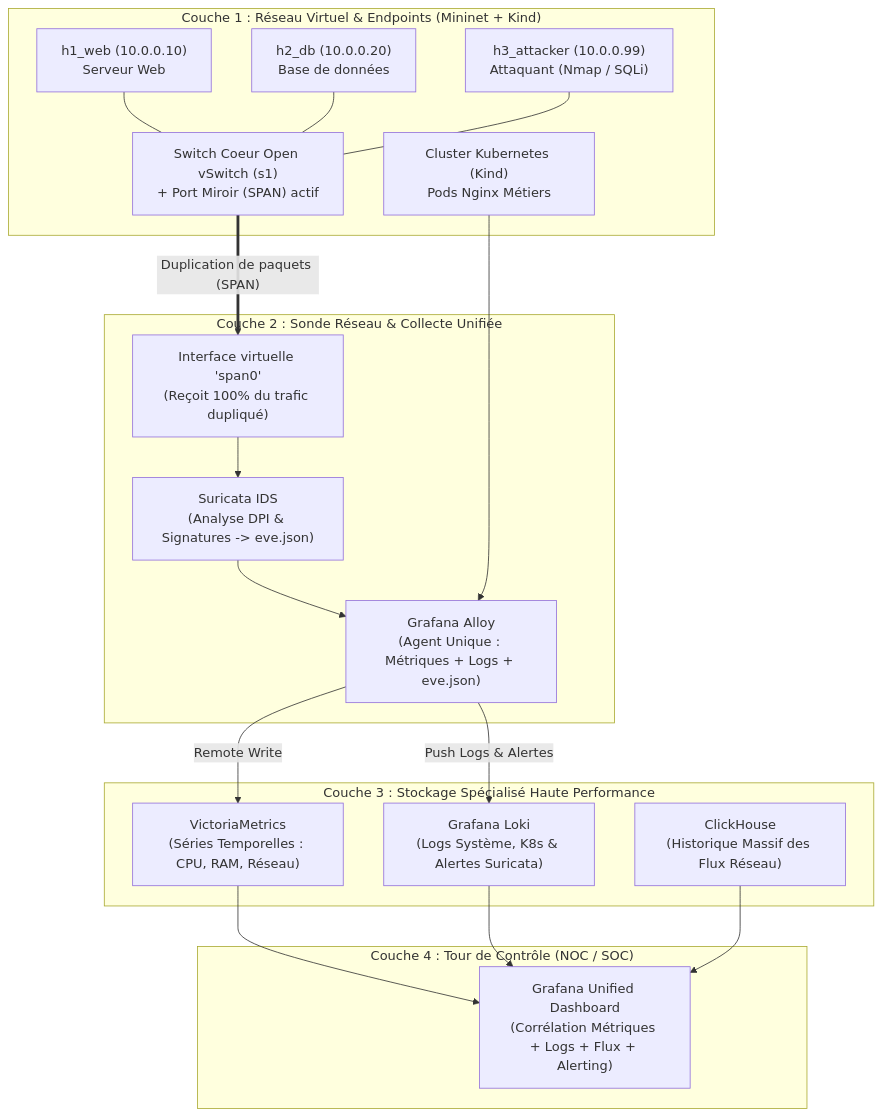
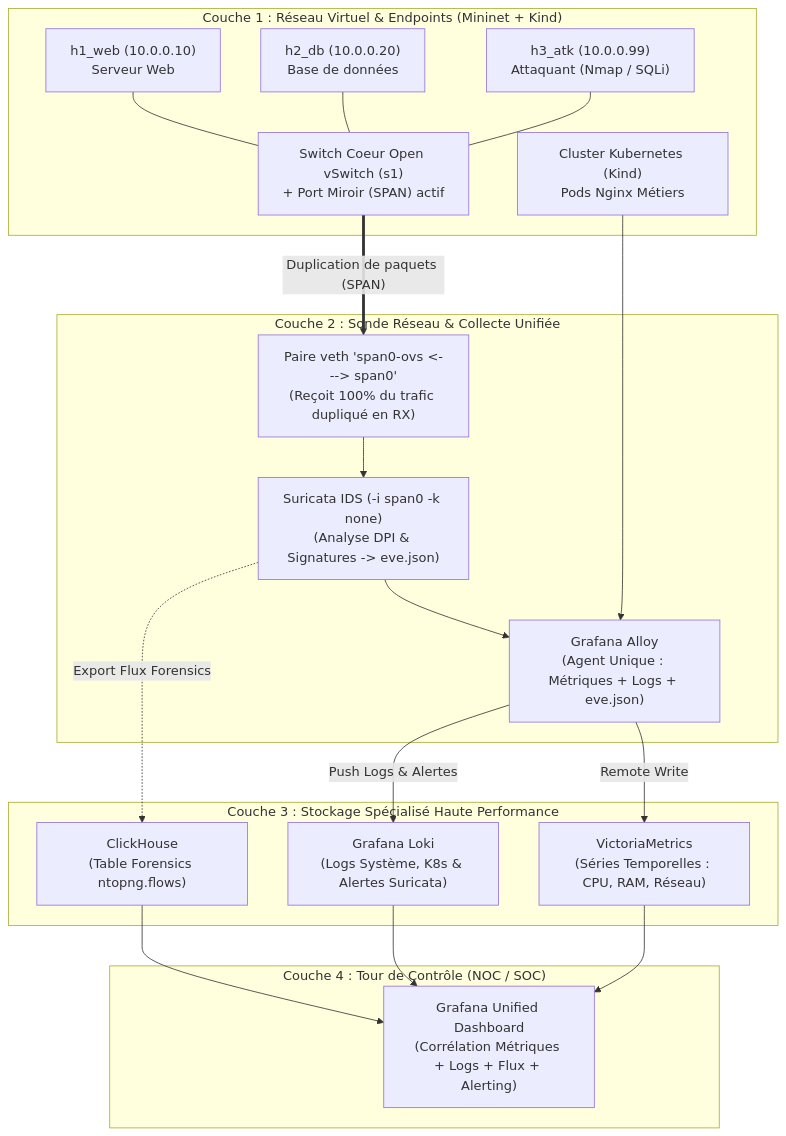
Before and after one commit to eMb0811/architecture-noc-soc-360-lab: the diagram in README.md, drawn with Mermaid. The commit also changed other lines of this file and 11 other files, not shown here.

Commit message:
feat(lab): complete VMware deployment, ClickHouse forensics, Grafana 360 dashboard, and live screenshots

````diff
--- a/README.md
+++ b/README.md
@@ -17,38 +46,39 @@
 ```mermaid
 flowchart TD
     subgraph C1["Couche 1 : Réseau Virtuel & Endpoints (Mininet + Kind)"]
         H1["h1_web (10.0.0.10)\nServeur Web"]
         H2["h2_db (10.0.0.20)\nBase de données"]
-        H3["h3_attacker (10.0.0.99)\nAttaquant (Nmap / SQLi)"]
+        H3["h3_atk (10.0.0.99)\nAttaquant (Nmap / SQLi)"]
         OVS["Switch Coeur Open vSwitch (s1)\n+ Port Miroir (SPAN) actif"]
         K8S["Cluster Kubernetes (Kind)\nPods Nginx Métiers"]
         H1 --- OVS
         H2 --- OVS
         H3 --- OVS
     end
 
     subgraph C2["Couche 2 : Sonde Réseau & Collecte Unifiée"]
-        SPAN["Interface virtuelle 'span0'\n(Reçoit 100% du trafic dupliqué)"]
-        SURI["Suricata IDS\n(Analyse DPI & Signatures -> eve.json)"]
+        SPAN["Paire veth 'span0-ovs <---> span0'\n(Reçoit 100% du trafic dupliqué en RX)"]
+        SURI["Suricata IDS (-i span0 -k none)\n(Analyse DPI & Signatures -> eve.json)"]
         ALLOY["Grafana Alloy\n(Agent Unique : Métriques + Logs + eve.json)"]
         OVS ==>|"Duplication de paquets (SPAN)"| SPAN
         SPAN --> SURI
         SURI --> ALLOY
         K8S --> ALLOY
     end
 
     subgraph C3["Couche 3 : Stockage Spécialisé Haute Performance"]
         VM["VictoriaMetrics\n(Séries Temporelles : CPU, RAM, Réseau)"]
         LOKI["Grafana Loki\n(Logs Système, K8s & Alertes Suricata)"]
-        CH["ClickHouse\n(Historique Massif des Flux Réseau)"]
+        CH["ClickHouse\n(Table Forensics ntopng.flows)"]
         ALLOY -->|"Remote Write"| VM
         ALLOY -->|"Push Logs & Alertes"| LOKI
+        SURI -.->|"Export Flux Forensics"| CH
     end
 
     subgraph C4["Couche 4 : Tour de Contrôle (NOC / SOC)"]
         GRAF["Grafana Unified Dashboard\n(Corrélation Métriques + Logs + Flux + Alerting)"]
         VM --> GRAF
         LOKI --> GRAF
         CH --> GRAF
     end
 ```
````
